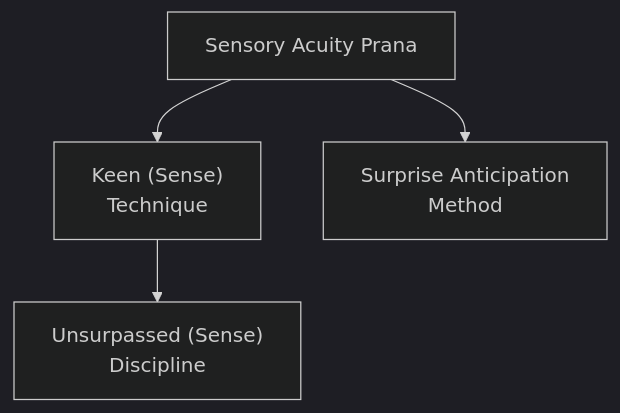
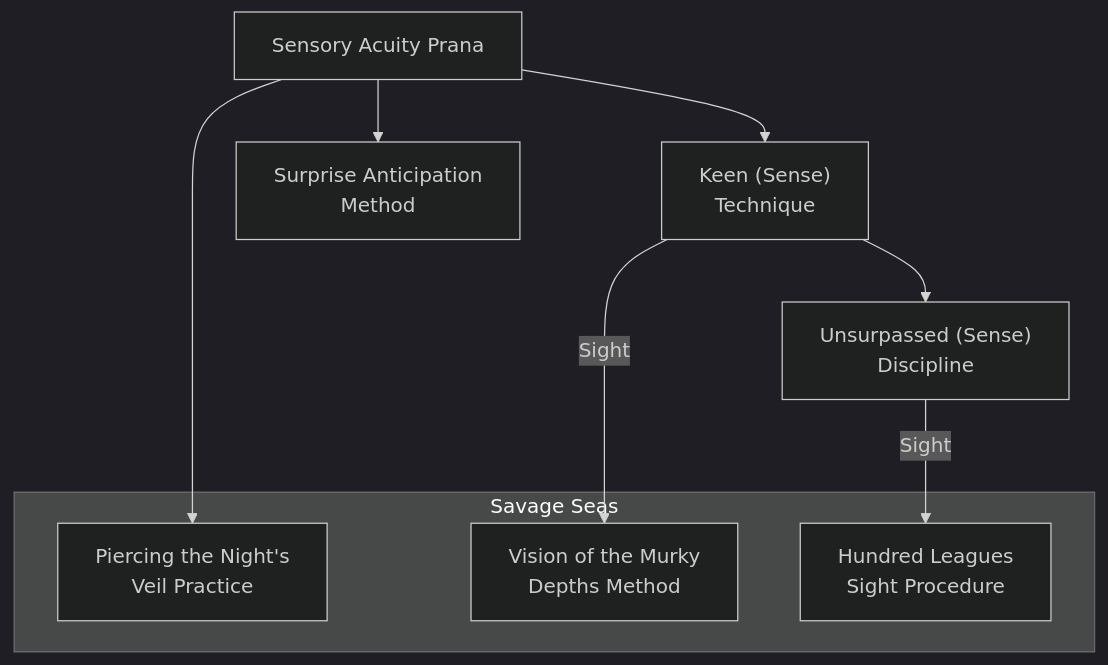
One commit to jrobichaud/exalted-charms-1e changed the diagram in docs/mermaid/solar/night_awareness.mmd. Above: the diagram before and after it, drawn with Mermaid. The commit also changed 3 other files, not shown here.

Commit message:
time of tumult and savage seas

```diff
--- a/docs/mermaid/solar/night_awareness.mmd
+++ b/docs/mermaid/solar/night_awareness.mmd
@@ -172,3 +172,86 @@
         one accidentally murdered loved one or terrible diplomatic
         incident to make an Exalted into a broken or hunted creature.
         "
+
+    subgraph savage_seas[Savage Seas]
+        piercing_the_nights_veil_practice[Piercing the Night's<br>Veil Practice]
+        click piercing_the_nights_veil_practice callback "
+            Piercing the Night's Veil Practice<br>
+            <br>
+            Cost: 5 motes<br>
+            Duration: One scene<br>
+            Type: Simple<br>
+            Minimum Awareness: 3<br>
+            Minimum Essence: 2<br>
+            Prerequisite Charms: Sensory Acuity Prana<br>
+            <br>
+            This Charm allows the user to see in darkness as if she
+            were in broad daylight. The Exalted needs no light source
+            of any kind, so long as this Charm is in effect; whether
+            down in the deepest cave or under a new moon on a cloudy
+            night, she will see with normal clarity and detail. Charms
+            used to increase her vision will work just like they normally
+            do; if she uses the Hundred Leagues Sight Procedure
+            (below) after activating this Charm, she will be able to
+            flawlessly focus on a target dozens of leagues away, as if in
+            daylight. As with the Sensory Acuity Prana (see Exalted,
+            p. 196), the Exalted is not more or less susceptible to bright
+            lights or sudden flashes. If she enters a torch-lit tent, she
+            will see normally, and if suddenly startled by the flare of an
+            anima banner, she will be blinded no longer than someone
+            using his ordinary senses would.
+            "
+
+        vision_of_the_murky_depths_method[Vision of the Murky<br>Depths Method]
+        click vision_of_the_murky_depths_method callback "
+            Vision of the Murky Depths Method<br>
+            <br>
+            Cost: 3 motes<br>
+            Duration: One scene<br>
+            Type: Simple<br>
+            Minimum Awareness: 4<br>
+            Minimum Essence: 2<br>
+            Prerequisite Charms: Keen Sight Technique<br>
+            <br>
+            The Exalted shifts his vision so that he can see in
+            water as if in air. For the duration of the Charm, he can
+            adjust his vision to see in water, in air or to see through
+            them both. While shifted to see in either water or air, he
+            sees normally. When looking through both (as when
+            peering over the railing of a vessel to see if there is anything
+            in the waters below or when looking up onto the deck of
+            a ship from below the water's surface to locate a guard), he
+            sees without the distortions and shifting that normally
+            occurs, but his vision is halved (see &quot;Vision in the Depths,&quot;
+            this page). It takes one turn to change sight over from
+            water to air or from either to seeing in both.
+            "
+
+        hundred_leagues_sight_procedure[Hundred Leagues<br>Sight Procedure]
+        click hundred_leagues_sight_procedure callback "
+            Hundred Leagues Sight Procedure<br>
+            <br>
+            Cost: 5 motes<br>
+            Duration: One scene<br>
+            Type: Simple<br>
+            Minimum Awareness: 5<br>
+            Minimum Essence: 2<br>
+            Prerequisite Charms: Unsurpassed Sight Discipline<br>
+            <br>
+            Whereas, before, the Exalted could extend his vision
+            out to a mile or more using the Unsurpassed Sight Discipline,
+            with this Charm, he can see further than even the
+            sharpest-eyed mospid. The user of this Charm can clearly
+            focus and notice details out to a range equal to his (Essence
+            x 20) miles. Anything within that range can be seen just
+            as if it were close to hand — even the furthest objects will
+            appear as if they were no more than 100 yards or so away.
+            This ability is rarely of use on land, where terrain ensures
+            that the Exalted will never actually be able to see that far,
+            but at sea, the information gleaned may prove vital.
+            "
+    end
+
+    sensory_acuity_prana --> piercing_the_nights_veil_practice
+    keen_sense_technique -->|Sight| vision_of_the_murky_depths_method
+    unsurpassed_sense_discipline -->|Sight| hundred_leagues_sight_procedure
```
